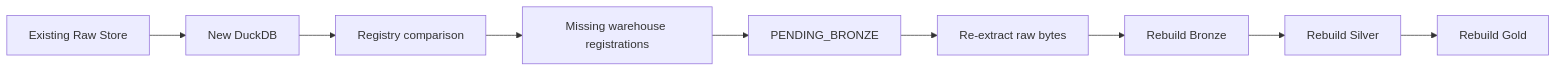
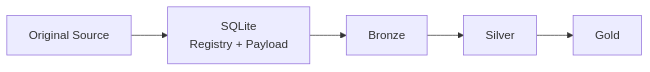
The third of 3 diagrams in docs/architecture/reliability-and-recovery.md (tks18/personal-finance-etl), drawn with Mermaid before and after one commit. The commit also changed other lines of this file and 5 other files, not shown here.

Commit message:
docs: refactor architecture docs to reflect recent changes

````diff
--- a/docs/architecture/reliability-and-recovery.md
+++ b/docs/architecture/reliability-and-recovery.md
@@ -223,11 +243,7 @@
 ```mermaid
 flowchart LR
-    RAW["Existing Raw Store"] --> NEW["New DuckDB"]
-    NEW --> CMP["Registry comparison"]
-    CMP --> GAP["Missing warehouse registrations"]
-    GAP --> PEND["PENDING_BRONZE"]
-    PEND --> EXT["Re-extract raw bytes"]
-    EXT --> BR["Rebuild Bronze"]
-    BR --> SI["Rebuild Silver"]
-    SI --> GO["Rebuild Gold"]
+    FS["Original Source"] --> CP["SQLite<br/>Registry + Payload"]
+    CP --> BR["Bronze"]
+    BR --> SIL["Silver"]
+    SIL --> GOLD["Gold"]
 ```
````
